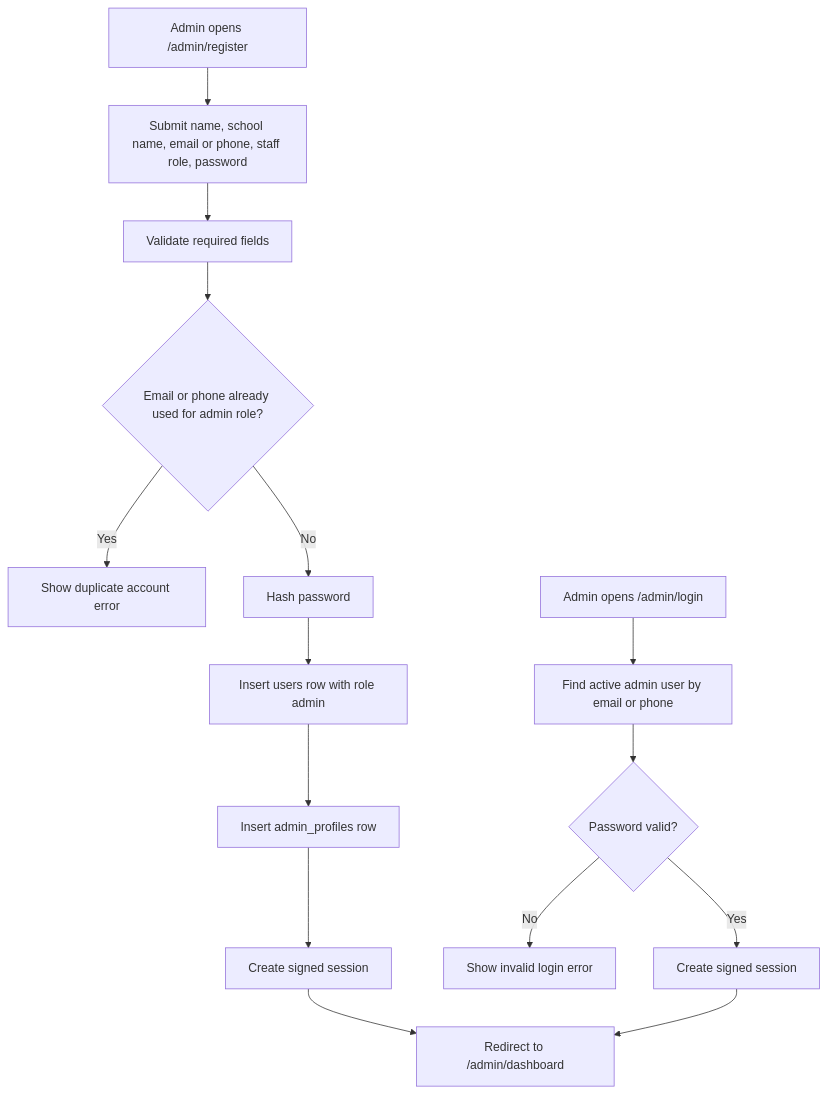
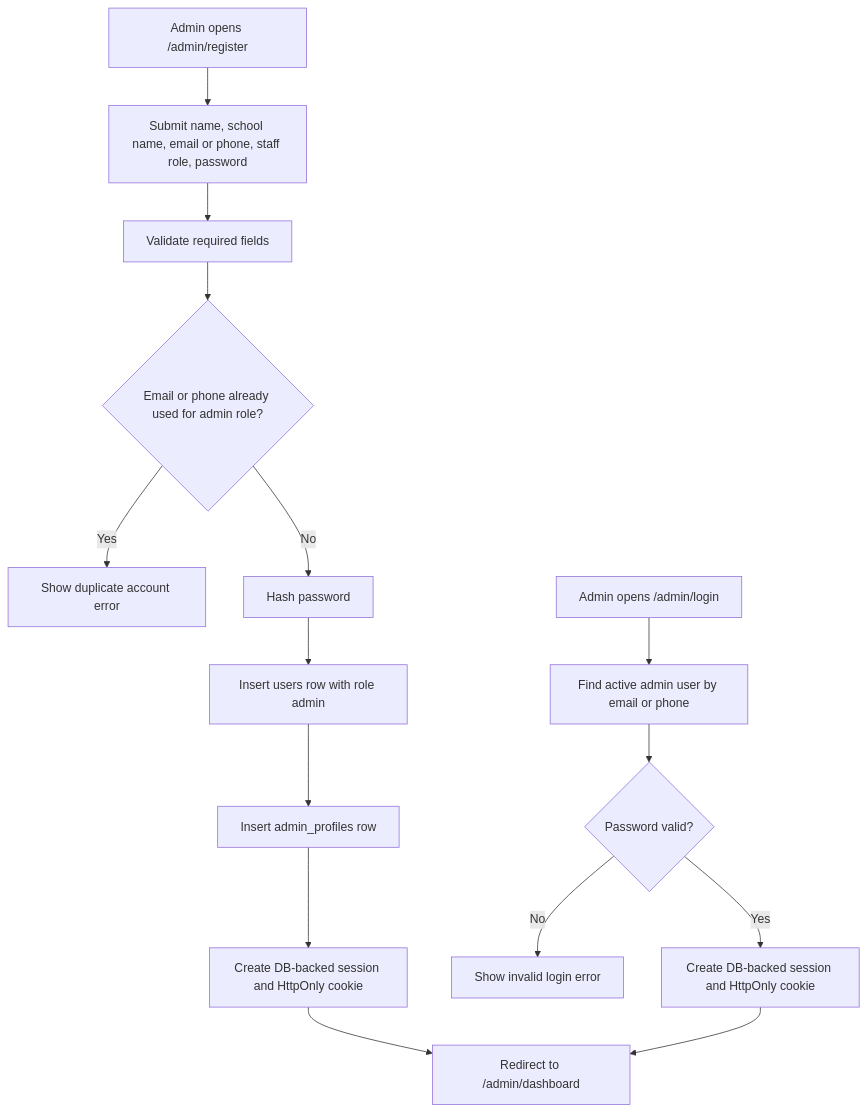
The third of 14 diagrams in docs/PROJECT_FLOWCHARTS.md (Xeyn19/xmetapay), drawn with Mermaid before and after one commit. The commit also changed other lines of this file and 5 other files, not shown here.

````diff
--- a/docs/PROJECT_FLOWCHARTS.md
+++ b/docs/PROJECT_FLOWCHARTS.md
@@ -110,18 +111,18 @@
 ```mermaid
 flowchart TD
   A["Admin opens /admin/register"] --> B["Submit name, school name, email or phone, staff role, password"]
   B --> C["Validate required fields"]
   C --> D{"Email or phone already used for admin role?"}
   D -->|Yes| E["Show duplicate account error"]
   D -->|No| F["Hash password"]
   F --> G["Insert users row with role admin"]
   G --> H["Insert admin_profiles row"]
-  H --> I["Create signed session"]
+  H --> I["Create DB-backed session and HttpOnly cookie"]
   I --> J["Redirect to /admin/dashboard"]
 
   K["Admin opens /admin/login"] --> L["Find active admin user by email or phone"]
   L --> M{"Password valid?"}
   M -->|No| N["Show invalid login error"]
-  M -->|Yes| O["Create signed session"]
+  M -->|Yes| O["Create DB-backed session and HttpOnly cookie"]
   O --> J
 ```
````
